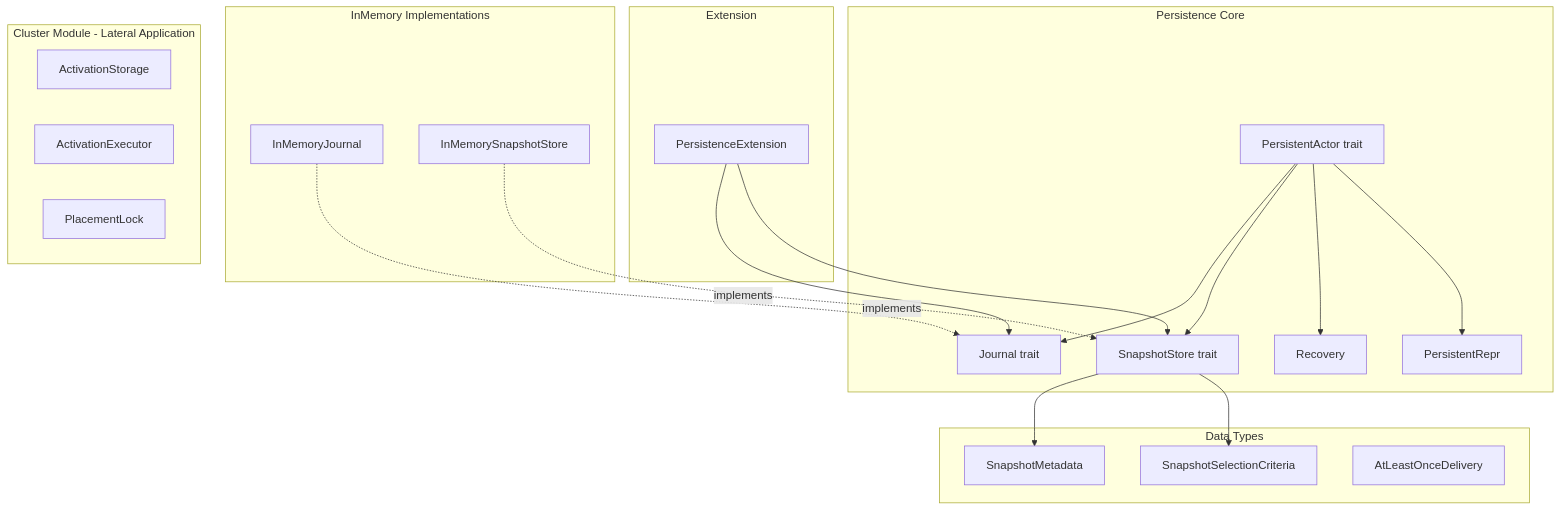
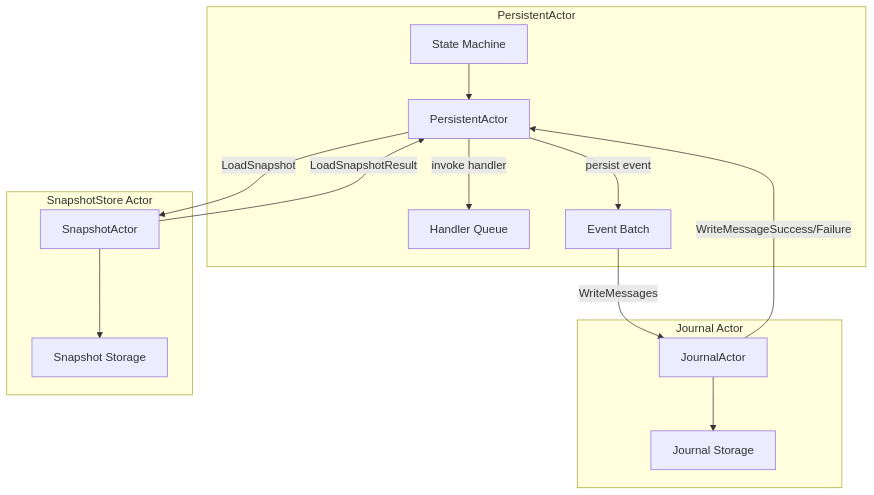
Before and after one commit to j5ik2o/fraktor-rs: the first of 4 diagrams in .kiro/specs/untyped-persistence/design.md, drawn with Mermaid. The commit also changed other lines of this file and 68 other files, not shown here.

Commit message:
feat: update persistence module with new snapshot and delivery features

````diff
--- a/.kiro/specs/untyped-persistence/design.md
+++ b/.kiro/specs/untyped-persistence/design.md
@@ -35,45 +69,32 @@
 ```mermaid
 graph TB
-    subgraph Persistence Core
-        Journal[Journal trait]
-        SnapshotStore[SnapshotStore trait]
-        PersistentActor[PersistentActor trait]
-        Recovery[Recovery]
-        PersistentRepr[PersistentRepr]
+    subgraph PersistentActor
+        PA[PersistentActor]
+        SM[State Machine]
+        HQ[Handler Queue]
+        EB[Event Batch]
     end
 
-    subgraph InMemory Implementations
-        InMemoryJournal[InMemoryJournal]
-        InMemorySnapshotStore[InMemorySnapshotStore]
+    subgraph Journal Actor
+        JA[JournalActor]
+        JS[Journal Storage]
     end
 
-    subgraph Data Types
-        SnapshotMetadata[SnapshotMetadata]
-        SnapshotSelectionCriteria[SnapshotSelectionCriteria]
-        AtLeastOnceDelivery[AtLeastOnceDelivery]
+    subgraph SnapshotStore Actor
+        SA[SnapshotActor]
+        SS[Snapshot Storage]
     end
 
-    subgraph Extension
-        PersistenceExtension[PersistenceExtension]
-    end
+    PA -->|persist event| EB
+    EB -->|WriteMessages| JA
+    JA -->|WriteMessageSuccess/Failure| PA
+    PA -->|invoke handler| HQ
 
-    subgraph Cluster Module - Lateral Application
-        ActivationStorage[ActivationStorage]
-        ActivationExecutor[ActivationExecutor]
-        PlacementLock[PlacementLock]
-    end
+    PA -->|LoadSnapshot| SA
+    SA -->|LoadSnapshotResult| PA
 
-    PersistentActor --> Journal
-    PersistentActor --> SnapshotStore
-    PersistentActor --> Recovery
-    PersistentActor --> PersistentRepr
+    JA --> JS
+    SA --> SS
 
-    InMemoryJournal -.->|implements| Journal
-    InMemorySnapshotStore -.->|implements| SnapshotStore
-
-    PersistenceExtension --> Journal
-    PersistenceExtension --> SnapshotStore
-
-    SnapshotStore --> SnapshotMetadata
-    SnapshotStore --> SnapshotSelectionCriteria
+    SM --> PA
 ```
````
